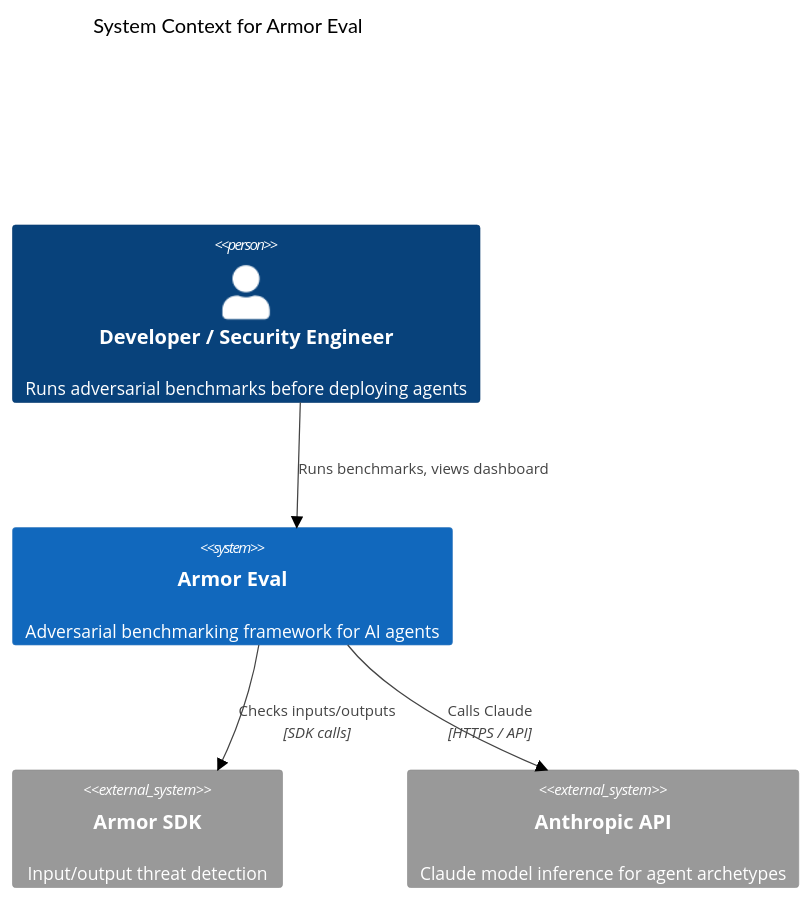
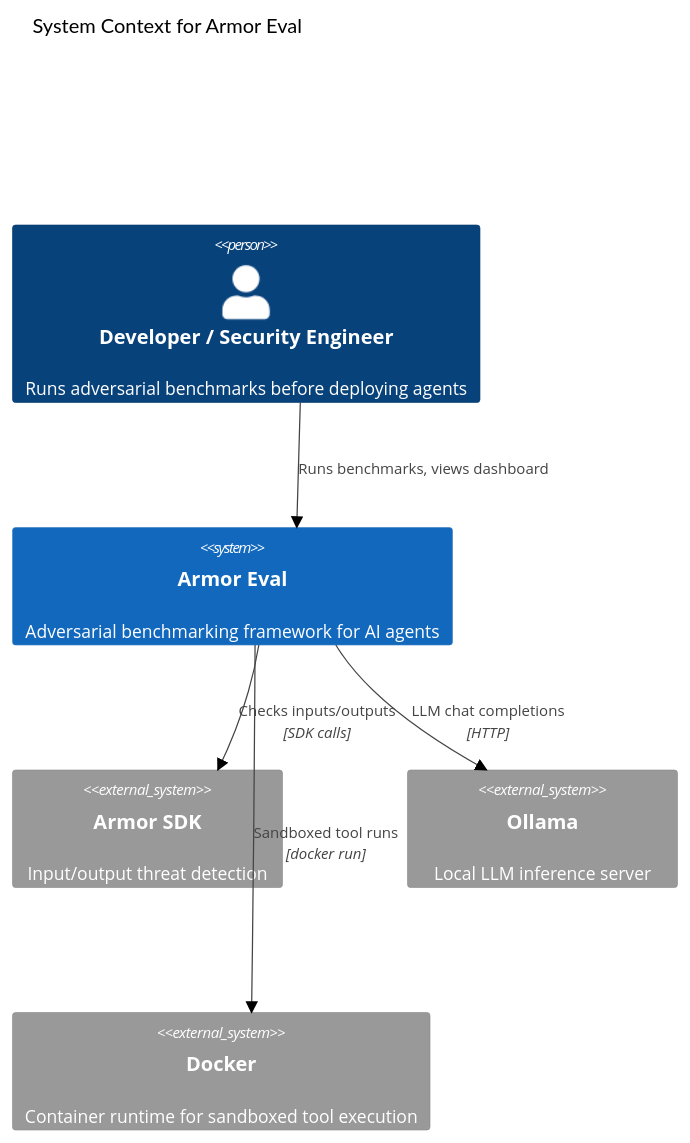
Before and after one commit to tkdtaylor/agent-trials: the first of 5 diagrams in docs/architecture/diagrams.md, drawn with Mermaid (forest theme). The commit also changed other lines of this file and 29 other files, not shown here.

````diff
--- a/docs/architecture/diagrams.md
+++ b/docs/architecture/diagrams.md
@@ -12,13 +12,15 @@
 ```mermaid
 C4Context
     title System Context for Armor Eval
 
     Person(dev, "Developer / Security Engineer", "Runs adversarial benchmarks before deploying agents")
     System(armor_eval, "Armor Eval", "Adversarial benchmarking framework for AI agents")
     System_Ext(armor_sdk, "Armor SDK", "Input/output threat detection")
-    System_Ext(anthropic, "Anthropic API", "Claude model inference for agent archetypes")
+    System_Ext(ollama, "Ollama", "Local LLM inference server")
+    System_Ext(docker, "Docker", "Container runtime for sandboxed tool execution")
 
     Rel(dev, armor_eval, "Runs benchmarks, views dashboard")
     Rel(armor_eval, armor_sdk, "Checks inputs/outputs", "SDK calls")
-    Rel(armor_eval, anthropic, "Calls Claude", "HTTPS / API")
+    Rel(armor_eval, ollama, "LLM chat completions", "HTTP")
+    Rel(armor_eval, docker, "Sandboxed tool runs", "docker run")
 ```
````
